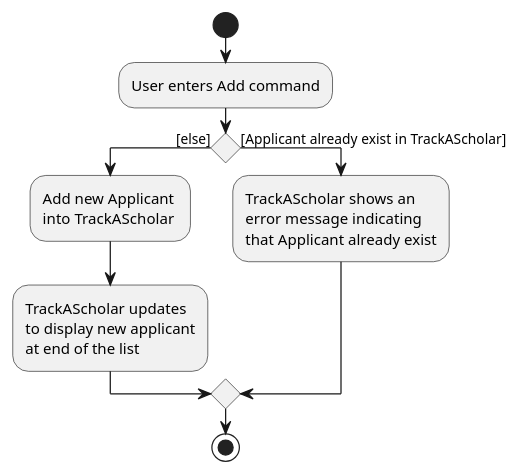
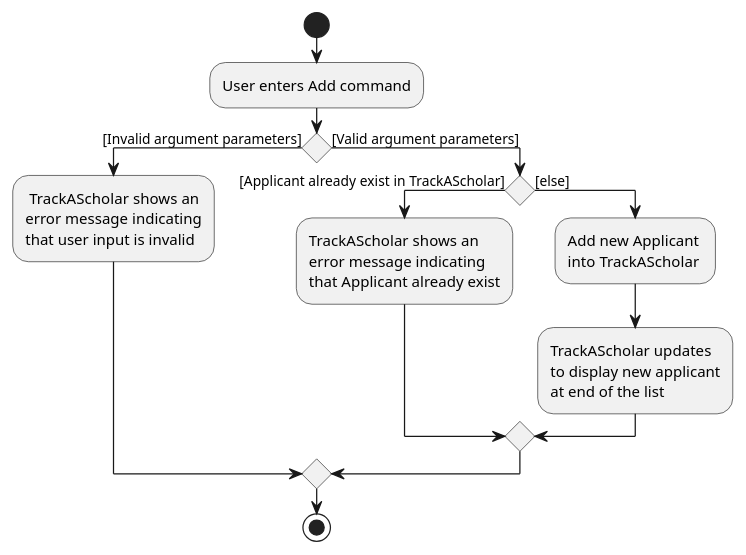
The diagram in docs/diagrams/AddCommandActivityDiagram.puml (nus-cs2103-AY2223S1/tp), drawn with PlantUML before and after one commit. The commit also changed 1 other file, not shown here.

Commit message:
Update Add command activity diagram to include branch when input is valid/invalid

```diff
--- a/docs/diagrams/AddCommandActivityDiagram.puml
+++ b/docs/diagrams/AddCommandActivityDiagram.puml
@@ -1,13 +1,20 @@
 @startuml
 start
 :User enters Add command;
 
-if () then ([else])
-    :Add new Applicant \ninto TrackAScholar;
+if () then ([Invalid argument parameters])
+    : TrackAScholar shows an\nerror message indicating\nthat user input is invalid;
 
-    :TrackAScholar updates\nto display new applicant\nat end of the list;
-else ([Applicant already exist in TrackAScholar])
-    :TrackAScholar shows an\nerror message indicating\nthat Applicant already exist;
+else ([Valid argument parameters])
+
+    if () then ([Applicant already exist in TrackAScholar])
+        :TrackAScholar shows an\nerror message indicating\nthat Applicant already exist;
+    else ([else])
+        :Add new Applicant \ninto TrackAScholar;
+
+        :TrackAScholar updates\nto display new applicant\nat end of the list;
+    endif
+    
 endif
 stop
 @enduml
```
